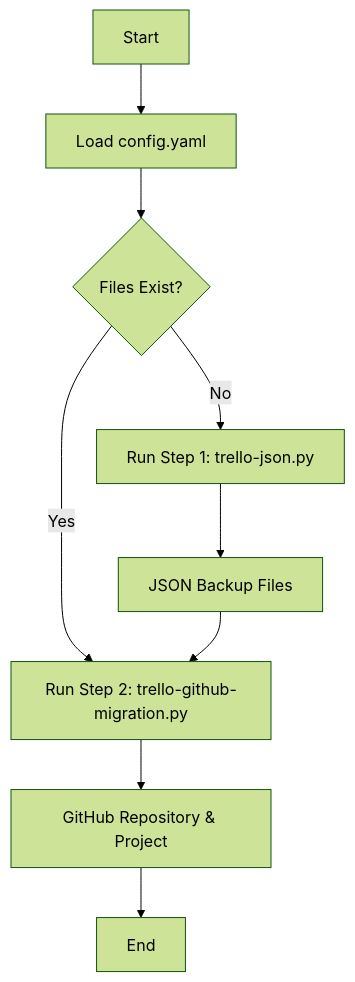
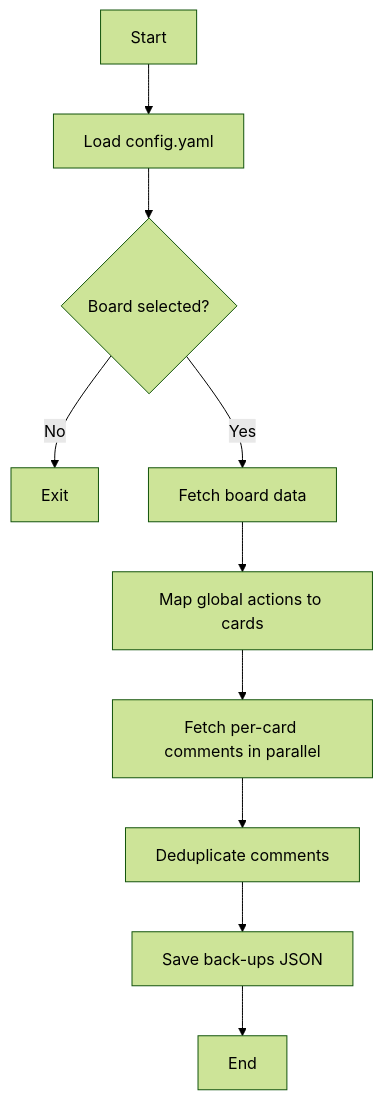
One commit to bmw-ece-ntust/trello-github-migration changed the ninth of 13 diagrams in README.md. Above: the diagram before and after it, drawn with Mermaid (forest theme). The commit also changed other lines of this file and 3 other files, not shown here.

````diff
--- a/README.md
+++ b/README.md
@@ -114,11 +427,12 @@
 ```mermaid
-graph TD
-    A[Start] --> B[Load config.yaml];
-    B --> C{Files Exist?};
-    C -- No --> D[Run Step 1: trello-json.py];
-    C -- Yes --> E[Run Step 2: trello-github-migration.py];
-    D --> F[JSON Backup Files];
-    F --> E;
-    E --> G[GitHub Repository & Project];
-    G --> H[End];
+flowchart TD
+    A[Start] --> B[Load config.yaml]
+    B --> C{Board selected?}
+    C -->|No| D[Exit]
+    C -->|Yes| E[Fetch board data]
+    E --> F[Map global actions to cards]
+    F --> G[Fetch per-card comments in parallel]
+    G --> H[Deduplicate comments]
+    H --> I[Save back-ups JSON]
+    I --> J[End]
 ```
````
